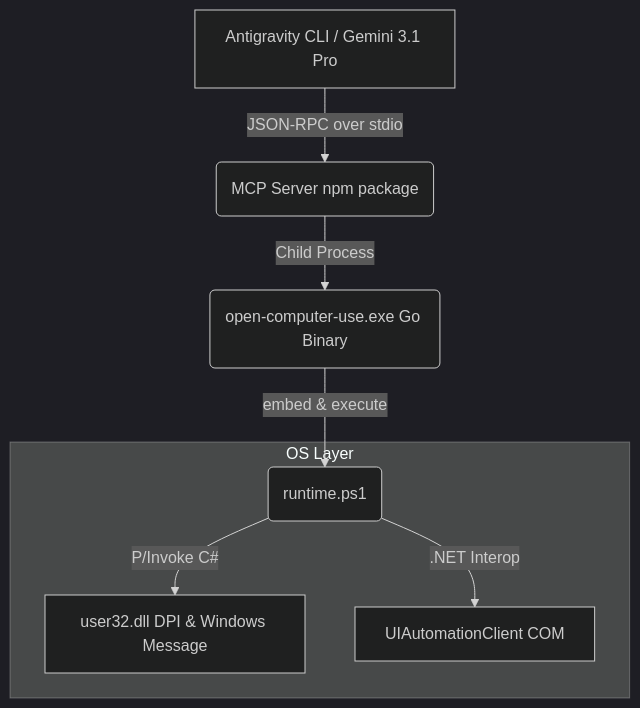
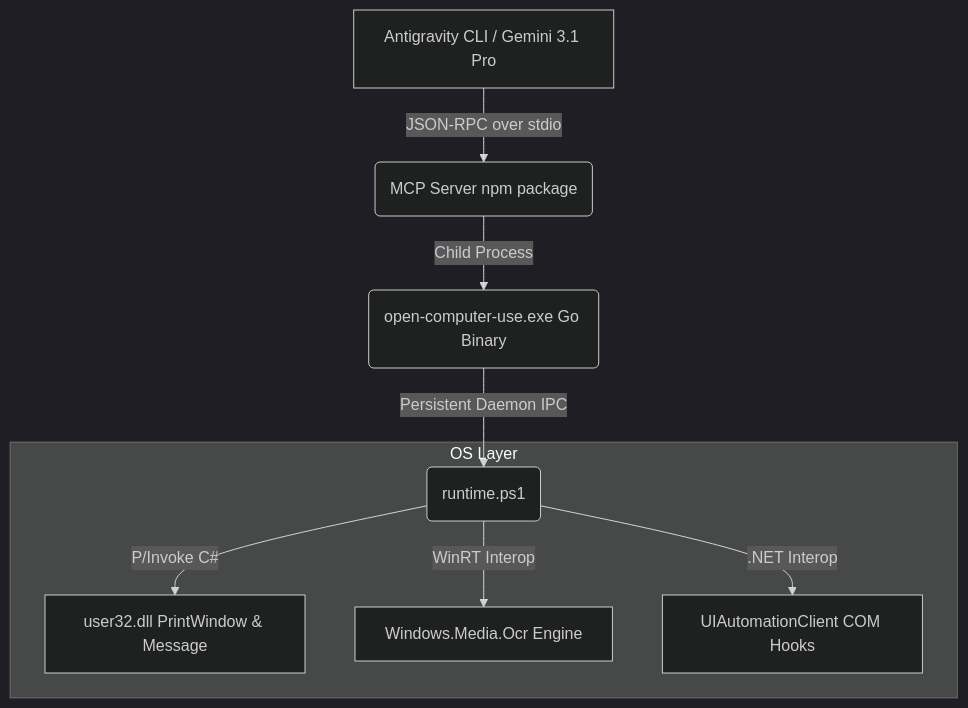
Before and after one commit to shawnshi/open-codex-computer-use: the diagram in README.md, drawn with Mermaid (dark theme). The commit also changed other lines of this file and 1 other file, not shown here.

````diff
--- a/README.md
+++ b/README.md
@@ -28,11 +49,12 @@
 ```mermaid
 graph TD
     A[Antigravity CLI / Gemini 3.1 Pro] -->|JSON-RPC over stdio| B(MCP Server npm package)
     B -->|Child Process| C(open-computer-use.exe Go Binary)
-    C -->|embed & execute| D(runtime.ps1)
+    C -->|Persistent Daemon IPC| D(runtime.ps1)
     
     subgraph OS Layer
-        D -->|P/Invoke C#| E[user32.dll DPI & Windows Message]
-        D -->|.NET Interop| F[UIAutomationClient COM]
+        D -->|P/Invoke C#| E[user32.dll PrintWindow & Message]
+        D -->|WinRT Interop| F[Windows.Media.Ocr Engine]
+        D -->|.NET Interop| G[UIAutomationClient COM Hooks]
     end
 ```
````
